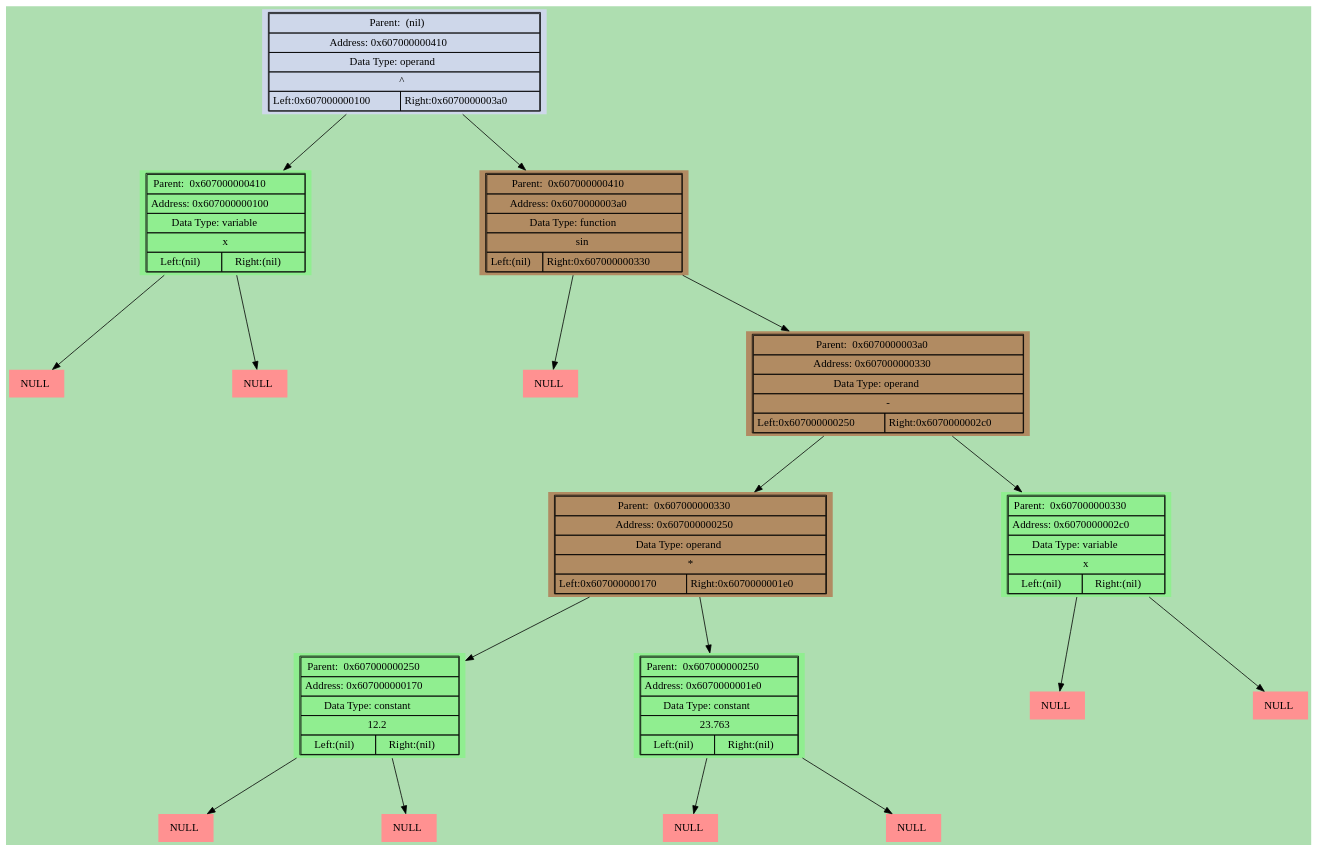
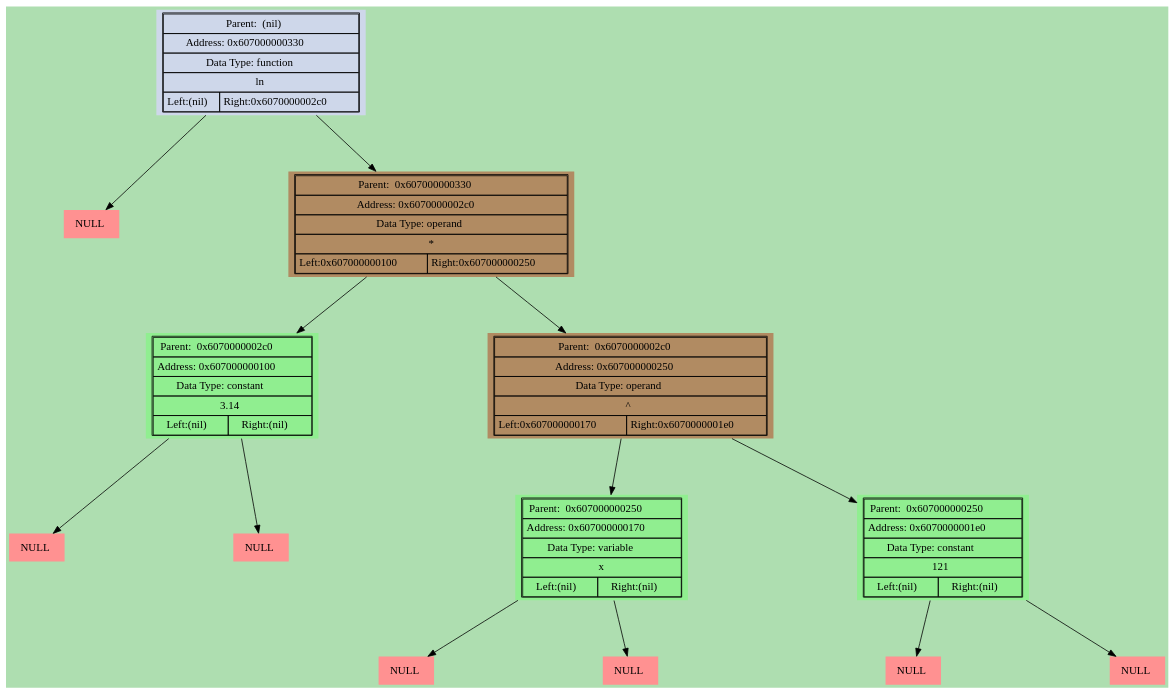
The diagram in dumps/graphic_dump.dot (bgclutch/differentiator_ded), drawn with Graphviz before and after one commit. The commit also changed 11 other files, not shown here.

```diff
--- a/dumps/graphic_dump.dot
+++ b/dumps/graphic_dump.dot
@@ -1,128 +1,100 @@
 digraph LIST{
 harset = "UTF-8";
 node [shape=plaintext];
 bgcolor = "#0000aa";
 fontcolor = black;
 fontsize = 18;
 style = "italic";
 margin = 1;
 ranksep = 1;
 nodesep = 3;
 bgcolor = "#aedeb0";
+"0x607000000368" [style = "filled", fillcolor = "#ff9191", label=<
+<table border = "0" cellspacing="2" cellpadding="4">
+<tr><td>NULL</td></tr></table>>];
+
+"0x607000000330" -> "0x607000000368";
+"0x6070000002c0" [style = "filled", fillcolor = "#b18b62",label=<
+<table border="1" cellspacing="0" cellpadding="4">
+<tr><td colspan="2">Parent:  0x607000000330</td></tr>
+<tr><td colspan="2">Address: 0x6070000002c0</td></tr>
+<tr><td colspan="2">Data Type: operand</td></tr>
+<tr><td colspan="2">*</td></tr>
+<tr><td align = "center" >Left:0x607000000100</td><td align = "center" >Right:0x607000000250</td></tr></table>>];
+
+"0x607000000330" -> "0x6070000002c0";
 "0x607000000100" [style = "filled", fillcolor = "lightgreen",label=<
 <table border="1" cellspacing="0" cellpadding="4">
-<tr><td colspan="2">Parent:  0x607000000410</td></tr>
+<tr><td colspan="2">Parent:  0x6070000002c0</td></tr>
 <tr><td colspan="2">Address: 0x607000000100</td></tr>
-<tr><td colspan="2">Data Type: variable</td></tr>
-<tr><td colspan="2">x</td></tr>
+<tr><td colspan="2">Data Type: constant</td></tr>
+<tr><td colspan="2">3.14</td></tr>
 <tr><td align = "center" >Left:(nil)</td><td align = "center" >Right:(nil)</td></tr></table>>];
 
-"0x607000000410" -> "0x607000000100";
+"0x6070000002c0" -> "0x607000000100";
 "0x607000000100" -> "0x607000000138";
 "0x607000000138" [style = "filled", fillcolor = "#ff9191", label=<
 <table border = "0" cellspacing="2" cellpadding="4">
 <tr><td>NULL</td></tr></table>>];
 
 "0x607000000100" -> "0x607000000140";
 "0x607000000140" [style = "filled", fillcolor = "#ff9191", label=<
 <table border = "0" cellspacing="2" cellpadding="4">
 <tr><td>NULL</td></tr></table>>];
 
-"0x6070000003a0" [style = "filled", fillcolor = "#b18b62",label=<
-<table border="1" cellspacing="0" cellpadding="4">
-<tr><td colspan="2">Parent:  0x607000000410</td></tr>
-<tr><td colspan="2">Address: 0x6070000003a0</td></tr>
-<tr><td colspan="2">Data Type: function</td></tr>
-<tr><td colspan="2">sin</td></tr>
-<tr><td align = "center" >Left:(nil)</td><td align = "center" >Right:0x607000000330</td></tr></table>>];
-
-"0x607000000410" -> "0x6070000003a0";
-"0x6070000003a0" -> "0x6070000003d8";
-"0x6070000003d8" [style = "filled", fillcolor = "#ff9191", label=<
-<table border = "0" cellspacing="2" cellpadding="4">
-<tr><td>NULL</td></tr></table>>];
-
-"0x607000000330" [style = "filled", fillcolor = "#b18b62",label=<
-<table border="1" cellspacing="0" cellpadding="4">
-<tr><td colspan="2">Parent:  0x6070000003a0</td></tr>
-<tr><td colspan="2">Address: 0x607000000330</td></tr>
-<tr><td colspan="2">Data Type: operand</td></tr>
-<tr><td colspan="2">-</td></tr>
-<tr><td align = "center" >Left:0x607000000250</td><td align = "center" >Right:0x6070000002c0</td></tr></table>>];
-
-"0x6070000003a0" -> "0x607000000330";
 "0x607000000250" [style = "filled", fillcolor = "#b18b62",label=<
 <table border="1" cellspacing="0" cellpadding="4">
-<tr><td colspan="2">Parent:  0x607000000330</td></tr>
+<tr><td colspan="2">Parent:  0x6070000002c0</td></tr>
 <tr><td colspan="2">Address: 0x607000000250</td></tr>
 <tr><td colspan="2">Data Type: operand</td></tr>
-<tr><td colspan="2">*</td></tr>
+<tr><td colspan="2">^</td></tr>
 <tr><td align = "center" >Left:0x607000000170</td><td align = "center" >Right:0x6070000001e0</td></tr></table>>];
 
-"0x607000000330" -> "0x607000000250";
+"0x6070000002c0" -> "0x607000000250";
 "0x607000000170" [style = "filled", fillcolor = "lightgreen",label=<
 <table border="1" cellspacing="0" cellpadding="4">
 <tr><td colspan="2">Parent:  0x607000000250</td></tr>
 <tr><td colspan="2">Address: 0x607000000170</td></tr>
-<tr><td colspan="2">Data Type: constant</td></tr>
-<tr><td colspan="2">12.2</td></tr>
+<tr><td colspan="2">Data Type: variable</td></tr>
+<tr><td colspan="2">x</td></tr>
 <tr><td align = "center" >Left:(nil)</td><td align = "center" >Right:(nil)</td></tr></table>>];
 
 "0x607000000250" -> "0x607000000170";
 "0x607000000170" -> "0x6070000001a8";
 "0x6070000001a8" [style = "filled", fillcolor = "#ff9191", label=<
 <table border = "0" cellspacing="2" cellpadding="4">
 <tr><td>NULL</td></tr></table>>];
 
 "0x607000000170" -> "0x6070000001b0";
 "0x6070000001b0" [style = "filled", fillcolor = "#ff9191", label=<
 <table border = "0" cellspacing="2" cellpadding="4">
 <tr><td>NULL</td></tr></table>>];
 
 "0x6070000001e0" [style = "filled", fillcolor = "lightgreen",label=<
 <table border="1" cellspacing="0" cellpadding="4">
 <tr><td colspan="2">Parent:  0x607000000250</td></tr>
 <tr><td colspan="2">Address: 0x6070000001e0</td></tr>
 <tr><td colspan="2">Data Type: constant</td></tr>
-<tr><td colspan="2">23.763</td></tr>
+<tr><td colspan="2">121</td></tr>
 <tr><td align = "center" >Left:(nil)</td><td align = "center" >Right:(nil)</td></tr></table>>];
 
 "0x607000000250" -> "0x6070000001e0";
 "0x6070000001e0" -> "0x607000000218";
 "0x607000000218" [style = "filled", fillcolor = "#ff9191", label=<
 <table border = "0" cellspacing="2" cellpadding="4">
 <tr><td>NULL</td></tr></table>>];
 
 "0x6070000001e0" -> "0x607000000220";
 "0x607000000220" [style = "filled", fillcolor = "#ff9191", label=<
 <table border = "0" cellspacing="2" cellpadding="4">
 <tr><td>NULL</td></tr></table>>];
 
-"0x6070000002c0" [style = "filled", fillcolor = "lightgreen",label=<
-<table border="1" cellspacing="0" cellpadding="4">
-<tr><td colspan="2">Parent:  0x607000000330</td></tr>
-<tr><td colspan="2">Address: 0x6070000002c0</td></tr>
-<tr><td colspan="2">Data Type: variable</td></tr>
-<tr><td colspan="2">x</td></tr>
-<tr><td align = "center" >Left:(nil)</td><td align = "center" >Right:(nil)</td></tr></table>>];
-
-"0x607000000330" -> "0x6070000002c0";
-"0x6070000002c0" -> "0x6070000002f8";
-"0x6070000002f8" [style = "filled", fillcolor = "#ff9191", label=<
-<table border = "0" cellspacing="2" cellpadding="4">
-<tr><td>NULL</td></tr></table>>];
-
-"0x6070000002c0" -> "0x607000000300";
-"0x607000000300" [style = "filled", fillcolor = "#ff9191", label=<
-<table border = "0" cellspacing="2" cellpadding="4">
-<tr><td>NULL</td></tr></table>>];
-
-"0x607000000410" [style = "filled", fillcolor = "#ced7ea",label=<
+"0x607000000330" [style = "filled", fillcolor = "#ced7ea",label=<
 <table border="1" cellspacing="0" cellpadding="4">
 <tr><td colspan="2">Parent:  (nil)</td></tr>
-<tr><td colspan="2">Address: 0x607000000410</td></tr>
-<tr><td colspan="2">Data Type: operand</td></tr>
-<tr><td colspan="2">^</td></tr>
-<tr><td align = "center" >Left:0x607000000100</td><td align = "center" >Right:0x6070000003a0</td></tr></table>>];
+<tr><td colspan="2">Address: 0x607000000330</td></tr>
+<tr><td colspan="2">Data Type: function</td></tr>
+<tr><td colspan="2">ln</td></tr>
+<tr><td align = "center" >Left:(nil)</td><td align = "center" >Right:0x6070000002c0</td></tr></table>>];
 
 }
```
